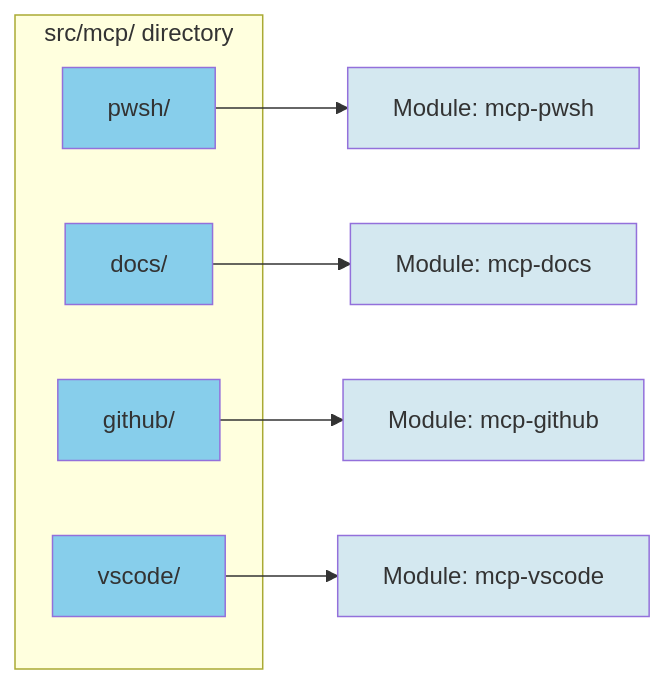
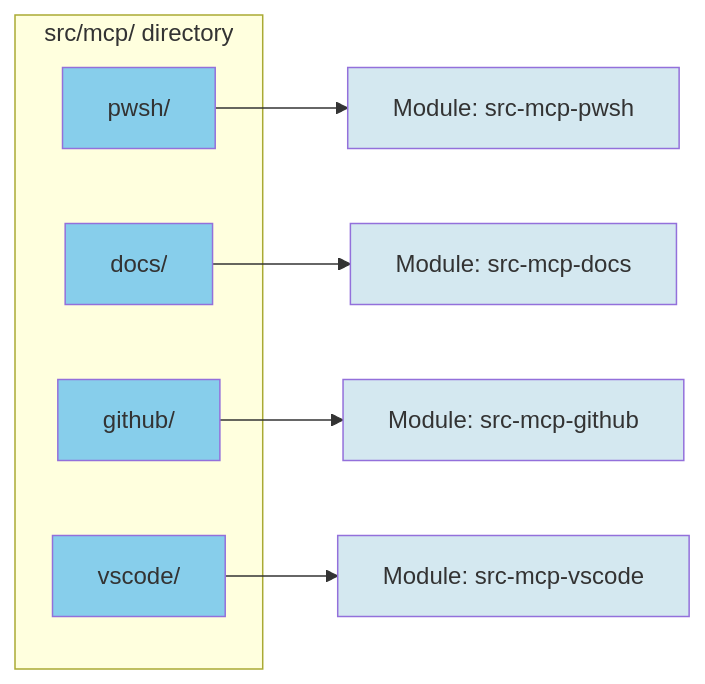
One commit to ready-to-release/eac changed the fifth of 13 diagrams in docs/guide/module-detection.md. Above: the diagram before and after it, drawn with Mermaid. The commit also changed other lines of this file and 28 other files, not shown here.

````diff
--- a/docs/guide/module-detection.md
+++ b/docs/guide/module-detection.md
@@ -164,23 +164,23 @@
 ```mermaid
 graph LR
     subgraph "src/mcp/ directory"
         S1["pwsh/"]
         S2["docs/"]
         S3["github/"]
         S4["vscode/"]
     end
 
-    S1 --> SM1["Module: mcp-pwsh"]
-    S2 --> SM2["Module: mcp-docs"]
-    S3 --> SM3["Module: mcp-github"]
-    S4 --> SM4["Module: mcp-vscode"]
+    S1 --> SM1["Module: src-mcp-pwsh"]
+    S2 --> SM2["Module: src-mcp-docs"]
+    S3 --> SM3["Module: src-mcp-github"]
+    S4 --> SM4["Module: src-mcp-vscode"]
 
     style S1 fill:#87CEEB
     style S2 fill:#87CEEB
     style S3 fill:#87CEEB
     style S4 fill:#87CEEB
     style SM1 fill:#D4E8F0
     style SM2 fill:#D4E8F0
     style SM3 fill:#D4E8F0
     style SM4 fill:#D4E8F0
 ```
````
